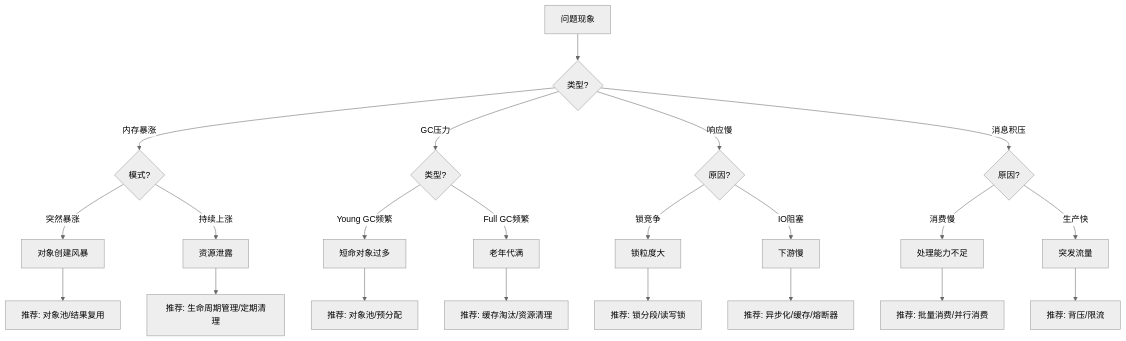
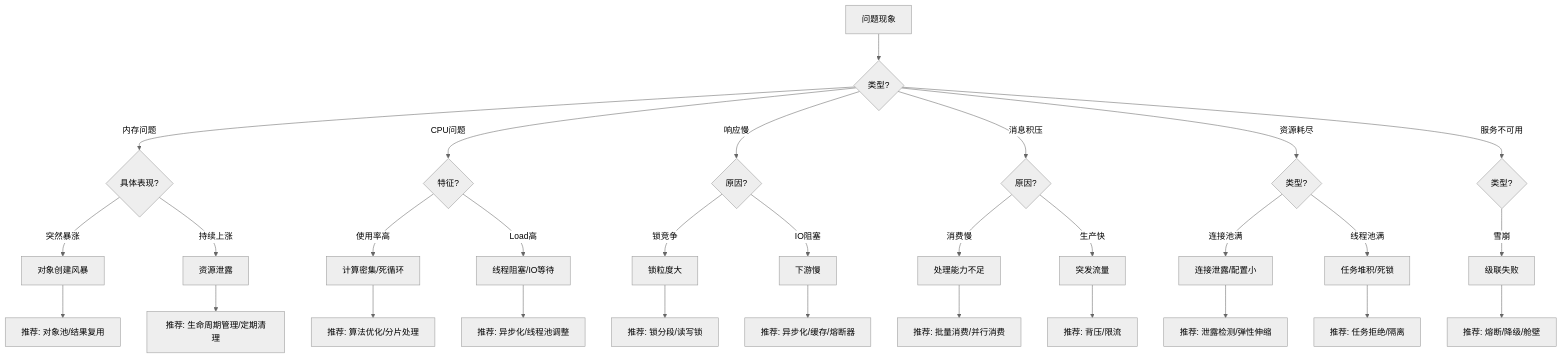
The first of 2 diagrams in performance-troubleshoot/REFERENCE.md (ly87ing/java-perf-skill), drawn with Mermaid (neutral theme) before and after one commit. The commit also changed other lines of this file and 4 other files, not shown here.

````diff
--- a/performance-troubleshoot/REFERENCE.md
+++ b/performance-troubleshoot/REFERENCE.md
@@ -11,28 +11,38 @@
 ```mermaid
 graph TD
     A["问题现象"] --> B{"类型?"}
     
-    B -->|内存暴涨| C{"模式?"}
+    B -->|内存问题| C{"具体表现?"}
     C -->|突然暴涨| C1["对象创建风暴"]
     C -->|持续上涨| C2["资源泄露"]
     C1 --> C1R["推荐: 对象池/结果复用"]
     C2 --> C2R["推荐: 生命周期管理/定期清理"]
     
-    B -->|GC压力| D{"类型?"}
-    D -->|Young GC频繁| D1["短命对象过多"]
-    D -->|Full GC频繁| D2["老年代满"]
-    D1 --> D1R["推荐: 对象池/预分配"]
-    D2 --> D2R["推荐: 缓存淘汰/资源清理"]
-    
+    B -->|CPU问题| D{"特征?"}
+    D -->|使用率高| D1["计算密集/死循环"]
+    D -->|Load高| D2["线程阻塞/IO等待"]
+    D1 --> D1R["推荐: 算法优化/分片处理"]
+    D2 --> D2R["推荐: 异步化/线程池调整"]
+
     B -->|响应慢| E{"原因?"}
     E -->|锁竞争| E1["锁粒度大"]
     E -->|IO阻塞| E2["下游慢"]
     E1 --> E1R["推荐: 锁分段/读写锁"]
     E2 --> E2R["推荐: 异步化/缓存/熔断器"]
     
     B -->|消息积压| F{"原因?"}
     F -->|消费慢| F1["处理能力不足"]
     F -->|生产快| F2["突发流量"]
     F1 --> F1R["推荐: 批量消费/并行消费"]
     F2 --> F2R["推荐: 背压/限流"]
+
+    B -->|资源耗尽| G{"类型?"}
+    G -->|连接池满| G1["连接泄露/配置小"]
+    G -->|线程池满| G2["任务堆积/死锁"]
+    G1 --> G1R["推荐: 泄露检测/弹性伸缩"]
+    G2 --> G2R["推荐: 任务拒绝/隔离"]
+
+    B -->|服务不可用| H{"类型?"}
+    H -->|雪崩| H1["级联失败"]
+    H1 --> H1R["推荐: 熔断/降级/舱壁"]
 ```
````
